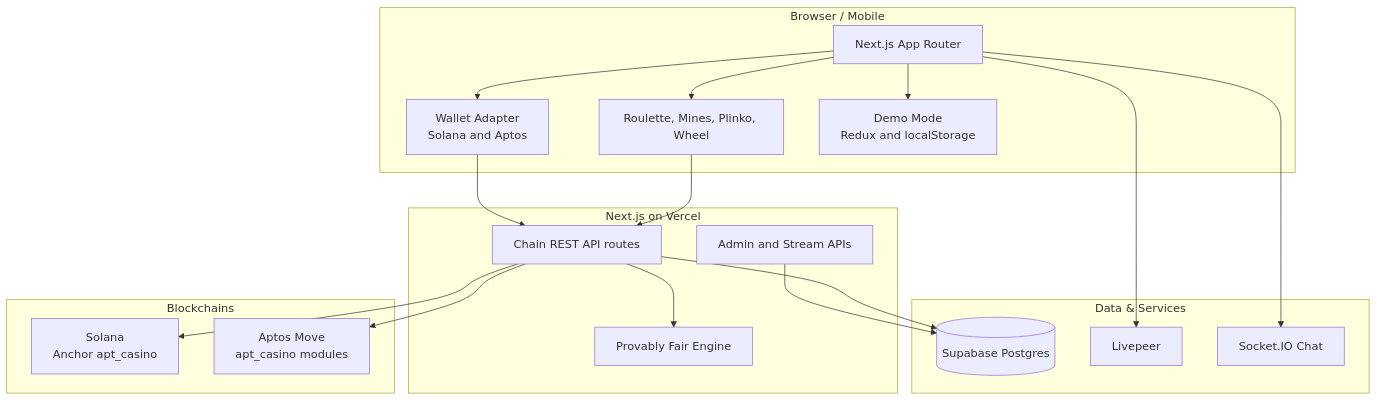
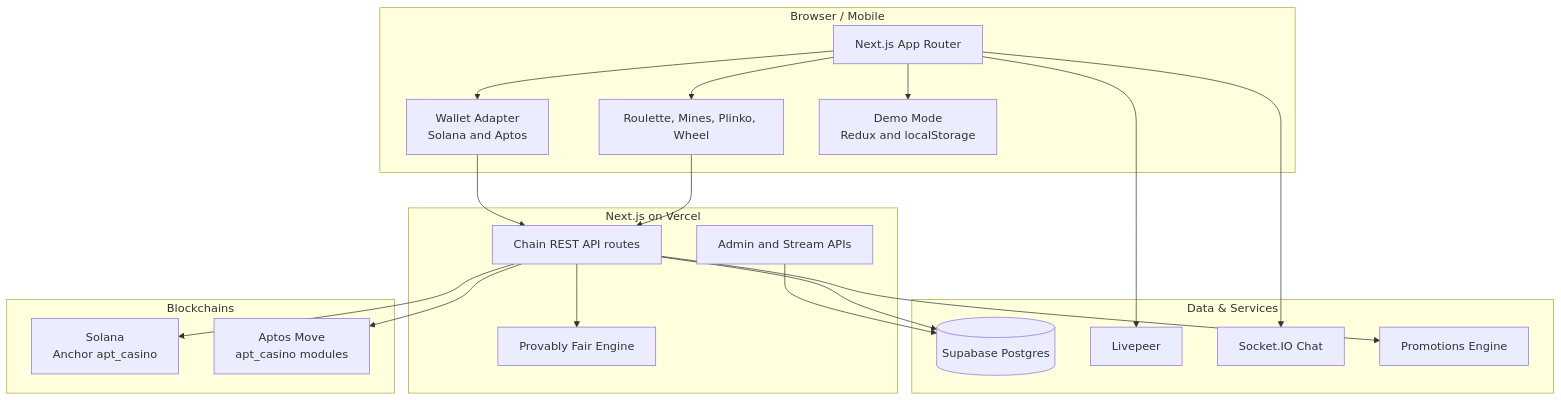
The first of 6 diagrams in README.md (AmaanSayyad/apt-casino), drawn with Mermaid before and after one commit. The commit also changed other lines of this file and 14 other files, not shown here.

First line of the commit message:
Refresh docs and Mermaid diagrams for promotions release.

````diff
--- a/README.md
+++ b/README.md
@@ -84,39 +86,41 @@
 ```mermaid
 flowchart TB
     subgraph Client["Browser / Mobile"]
         UI[Next.js App Router]
         Games[Roulette, Mines, Plinko, Wheel]
         Wallet["Wallet Adapter<br/>Solana and Aptos"]
         Demo["Demo Mode<br/>Redux and localStorage"]
     end
 
     subgraph Vercel["Next.js on Vercel"]
         API["Chain REST API routes"]
         Admin["Admin and Stream APIs"]
         Fair[Provably Fair Engine]
     end
 
     subgraph Data["Data & Services"]
         SB[(Supabase Postgres)]
         LP[Livepeer]
         Chat[Socket.IO Chat]
+        Promo[Promotions Engine]
     end
 
     subgraph Chains["Blockchains"]
         SOL[Solana<br/>Anchor apt_casino]
         APT[Aptos Move<br/>apt_casino modules]
     end
 
     UI --> Games
     UI --> Wallet
     UI --> Demo
     Games --> API
     Wallet --> API
     API --> Fair
     API --> SB
+    API --> Promo
     Admin --> SB
     API --> SOL
     API --> APT
     UI --> LP
     UI --> Chat
 ```
````
